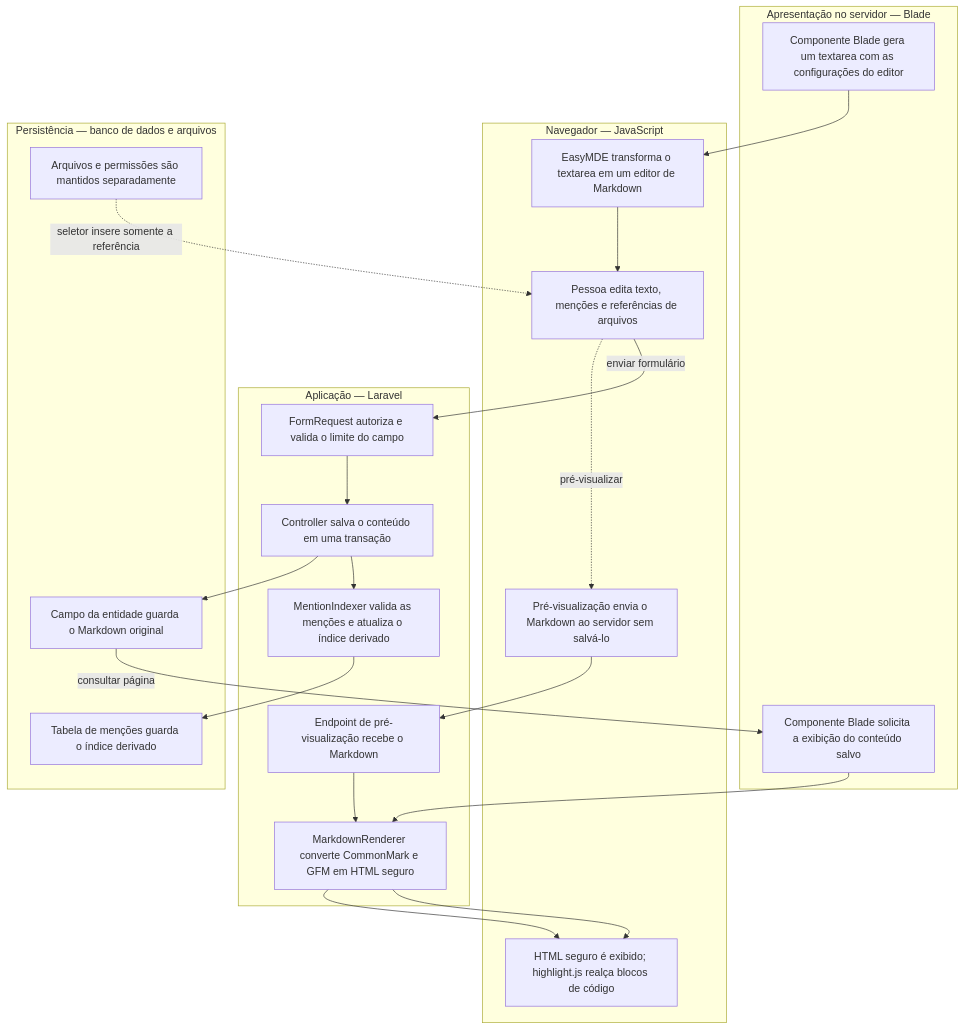
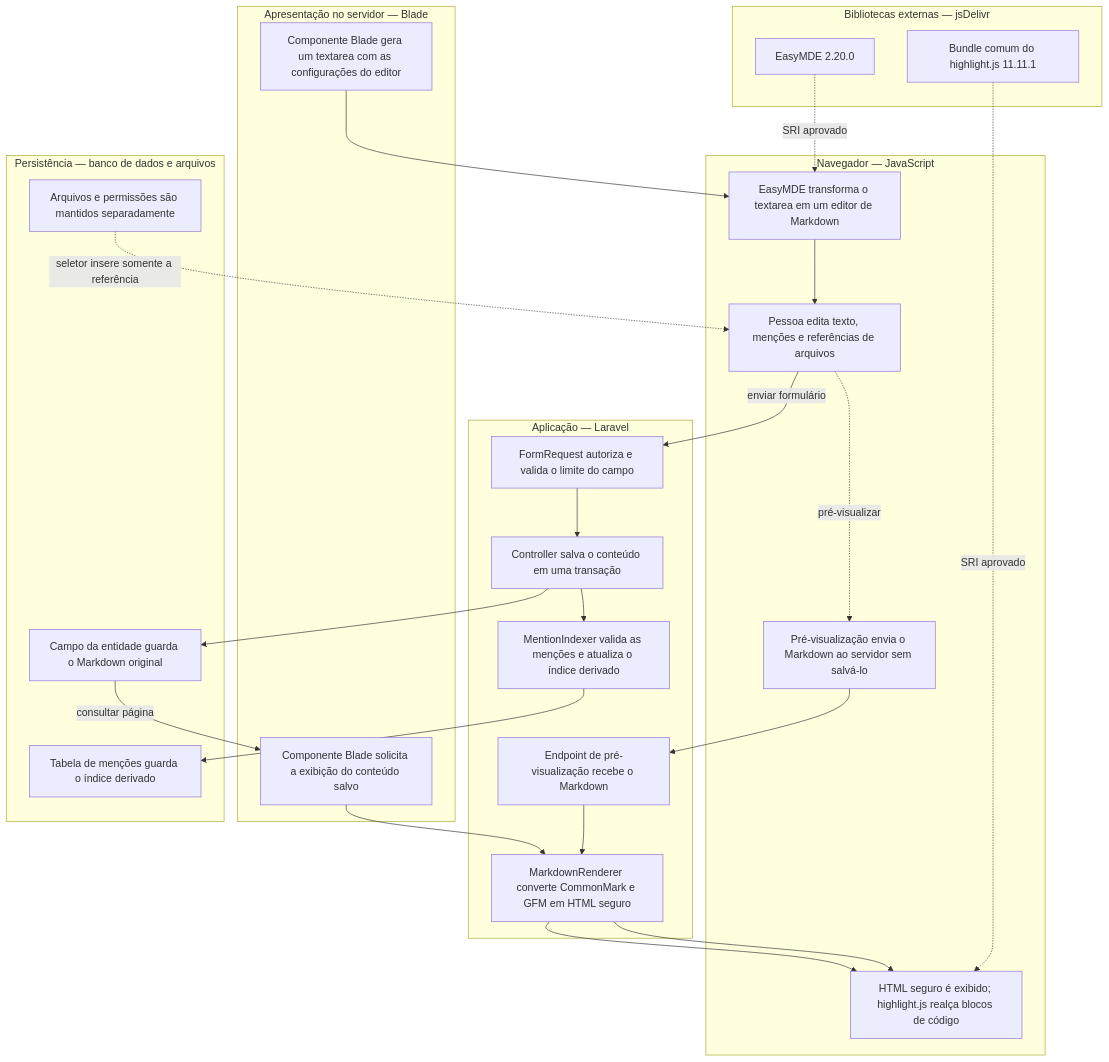
One commit to uspdev/gestao-projetos changed the diagram in docs/markdown/diagrama-markdown.md. Above: the diagram before and after it, drawn with Mermaid. The commit also changed other lines of this file and 6 other files, not shown here.

First line of the commit message:
docs(markdown): adotar bibliotecas por CDN

````diff
--- a/docs/markdown/diagrama-markdown.md
+++ b/docs/markdown/diagrama-markdown.md
@@ -6,37 +6,44 @@
 ```mermaid
 flowchart TD
     subgraph presentation["Apresentação no servidor — Blade"]
         textarea["Componente Blade gera um textarea com as configurações do editor"]
         content["Componente Blade solicita a exibição do conteúdo salvo"]
     end
 
     subgraph browser["Navegador — JavaScript"]
         editor["EasyMDE transforma o textarea em um editor de Markdown"]
         author["Pessoa edita texto, menções e referências de arquivos"]
         preview["Pré-visualização envia o Markdown ao servidor sem salvá-lo"]
         display["HTML seguro é exibido; highlight.js realça blocos de código"]
+    end
+
+    subgraph external["Bibliotecas externas — jsDelivr"]
+        easyMdeCdn["EasyMDE 2.20.0"]
+        highlightCdn["Bundle comum do highlight.js 11.11.1"]
     end
 
     subgraph application["Aplicação — Laravel"]
         validation["FormRequest autoriza e valida o limite do campo"]
         controller["Controller salva o conteúdo em uma transação"]
         previewController["Endpoint de pré-visualização recebe o Markdown"]
         renderer["MarkdownRenderer converte CommonMark e GFM em HTML seguro"]
         mentions["MentionIndexer valida as menções e atualiza o índice derivado"]
     end
 
     subgraph persistence["Persistência — banco de dados e arquivos"]
         database["Campo da entidade guarda o Markdown original"]
         mentionIndex["Tabela de menções guarda o índice derivado"]
         files["Arquivos e permissões são mantidos separadamente"]
     end
 
     textarea --> editor --> author
+    easyMdeCdn -. "SRI aprovado" .-> editor
+    highlightCdn -. "SRI aprovado" .-> display
     author -. "pré-visualizar" .-> preview --> previewController --> renderer --> display
     author -- "enviar formulário" --> validation --> controller
     controller --> database
     controller --> mentions --> mentionIndex
     database -- "consultar página" --> content --> renderer
     renderer --> display
     files -. "seletor insere somente a referência" .-> author
 ```
````
